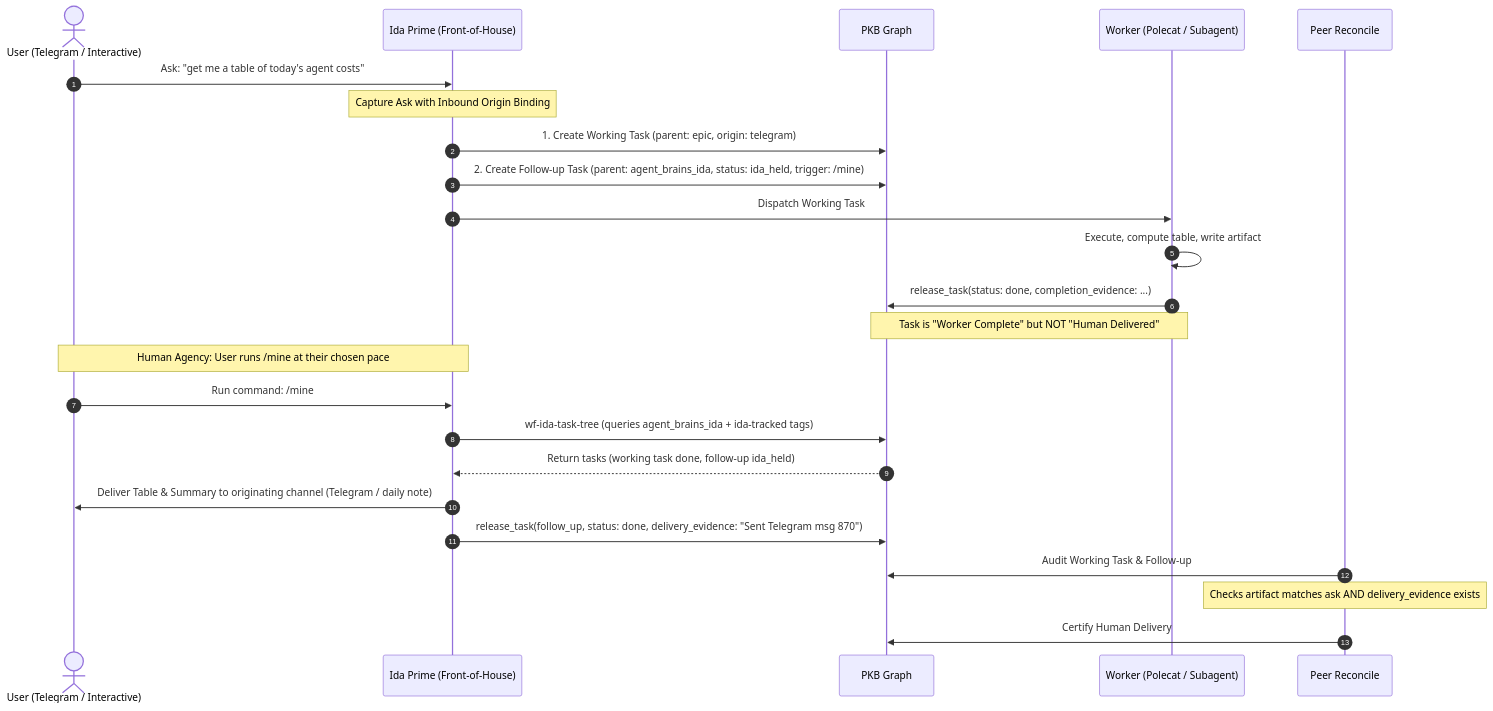
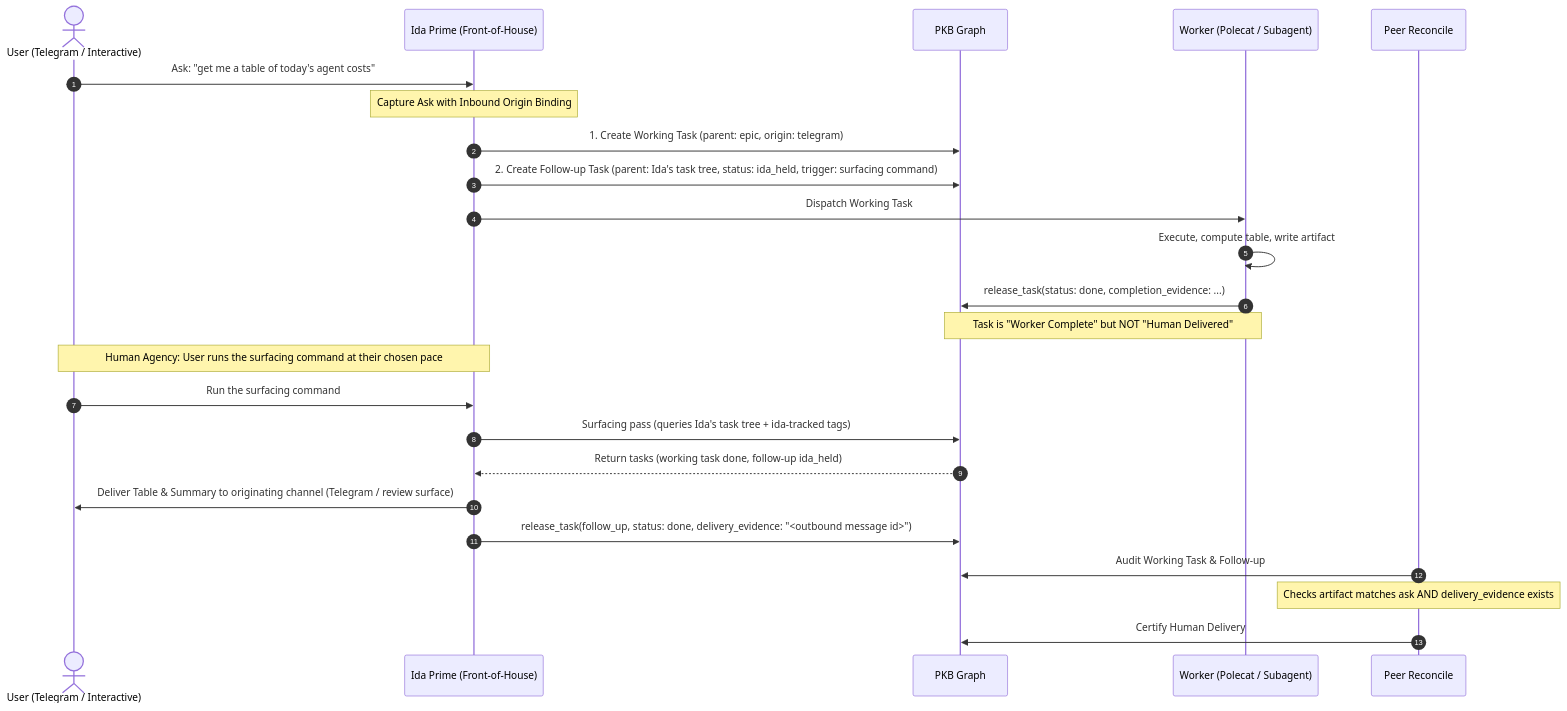
Before and after one commit to nicsuzor/academicOps: the diagram in specs/enforcement/human-delivery-contract.md, drawn with Mermaid. The commit also changed other lines of this file and 73 other files, not shown here.

````diff
--- a/specs/enforcement/human-delivery-contract.md
+++ b/specs/enforcement/human-delivery-contract.md
@@ -62,29 +62,29 @@
 ```mermaid
 sequenceDiagram
     autonumber
     actor User as User (Telegram / Interactive)
     participant Ida as Ida Prime (Front-of-House)
     participant PKB as PKB Graph
     participant Worker as Worker (Polecat / Subagent)
     participant Reconcile as Peer Reconcile
 
     User->>Ida: Ask: "get me a table of today's agent costs"
     Note over Ida: Capture Ask with Inbound Origin Binding
     Ida->>PKB: 1. Create Working Task (parent: epic, origin: telegram)
-    Ida->>PKB: 2. Create Follow-up Task (parent: agent_brains_ida, status: ida_held, trigger: /mine)
+    Ida->>PKB: 2. Create Follow-up Task (parent: Ida's task tree, status: ida_held, trigger: surfacing command)
     Ida->>Worker: Dispatch Working Task
     Worker->>Worker: Execute, compute table, write artifact
     Worker->>PKB: release_task(status: done, completion_evidence: ...)
     Note over Worker,PKB: Task is "Worker Complete" but NOT "Human Delivered"
     
-    Note over User,Ida: Human Agency: User runs /mine at their chosen pace
-    User->>Ida: Run command: /mine
-    Ida->>PKB: wf-ida-task-tree (queries agent_brains_ida + ida-tracked tags)
+    Note over User,Ida: Human Agency: User runs the surfacing command at their chosen pace
+    User->>Ida: Run the surfacing command
+    Ida->>PKB: Surfacing pass (queries Ida's task tree + ida-tracked tags)
     PKB-->>Ida: Return tasks (working task done, follow-up ida_held)
-    Ida->>User: Deliver Table & Summary to originating channel (Telegram / daily note)
-    Ida->>PKB: release_task(follow_up, status: done, delivery_evidence: "Sent Telegram msg 870")
+    Ida->>User: Deliver Table & Summary to originating channel (Telegram / review surface)
+    Ida->>PKB: release_task(follow_up, status: done, delivery_evidence: "<outbound message id>")
     
     Reconcile->>PKB: Audit Working Task & Follow-up
     Note over Reconcile: Checks artifact matches ask AND delivery_evidence exists
     Reconcile->>PKB: Certify Human Delivery
 ```
````
